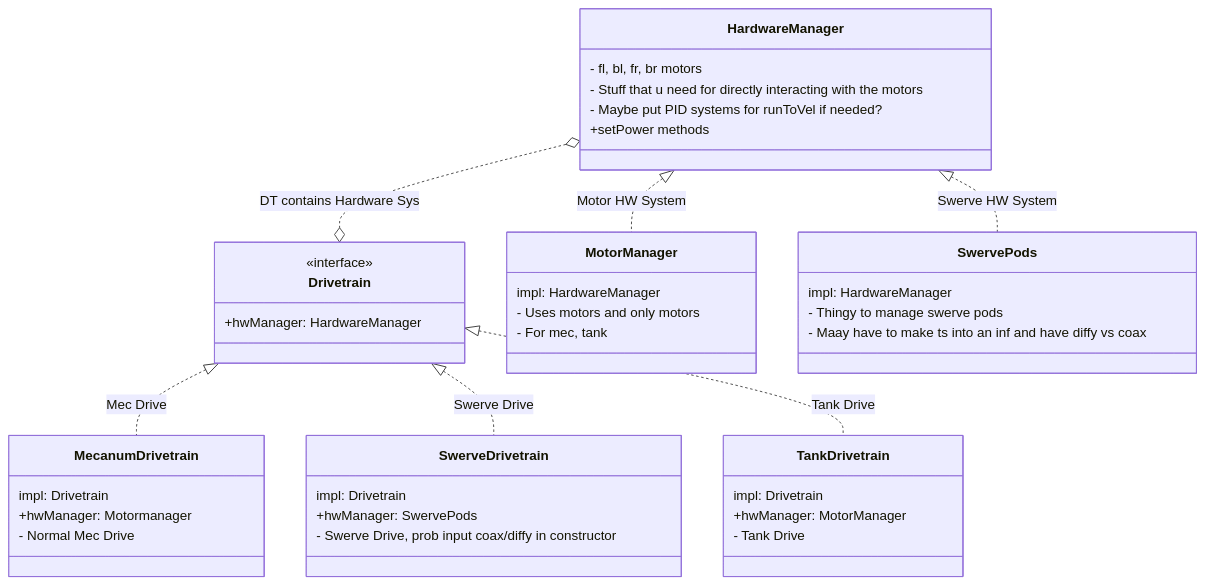
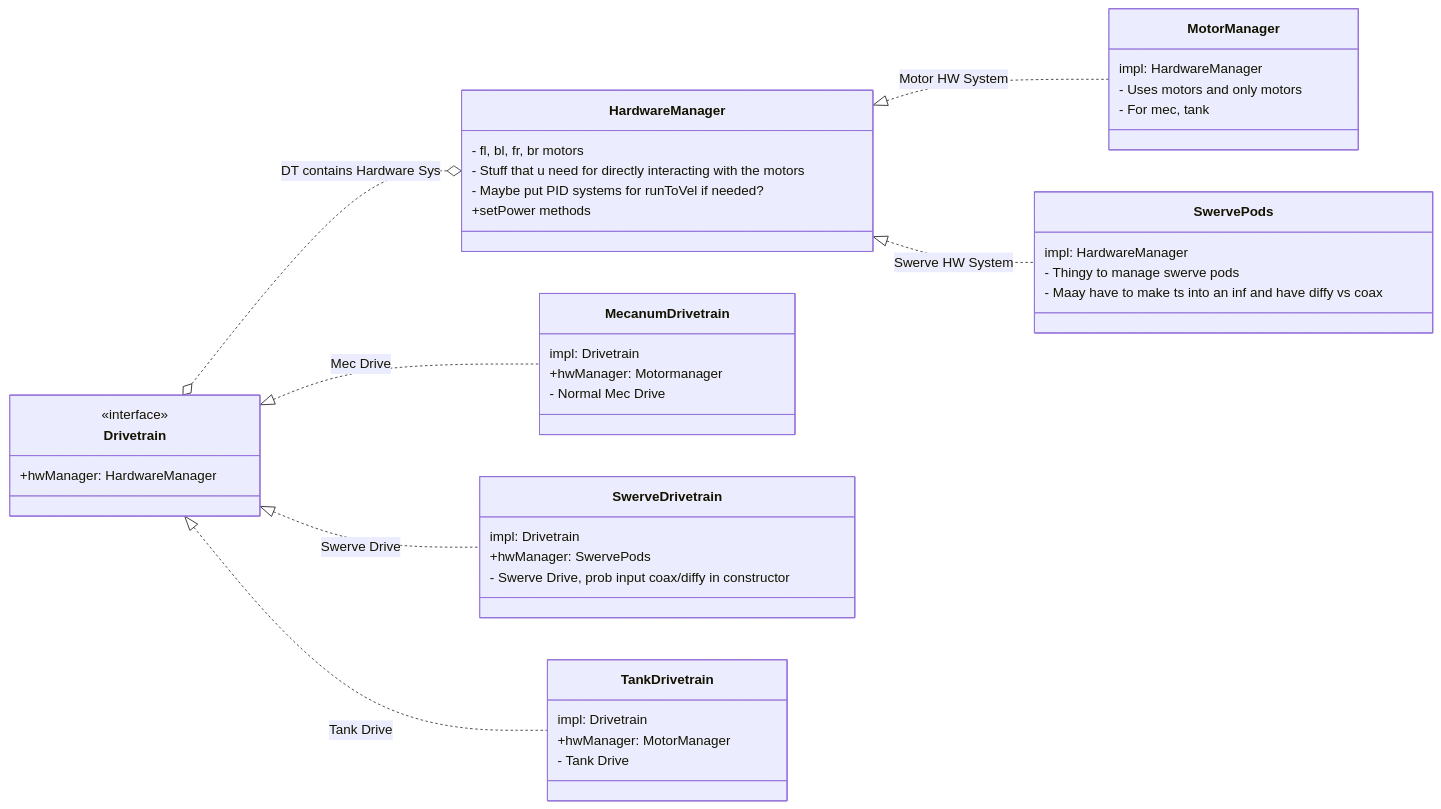
Before and after one commit to MooseCoding/MooseX: the diagram in TeamCode/ARCHITECTURE.md, drawn with Mermaid.

Commit message:
Update Drive System section in ARCHITECTURE.md

````diff
--- a/TeamCode/ARCHITECTURE.md
+++ b/TeamCode/ARCHITECTURE.md
@@ -4,46 +4,47 @@
 ```mermaid
 classDiagram
+    direction LR
     class Drivetrain {
         <<interface>>
         +hwManager: HardwareManager
     }
     class HardwareManager {
         - fl, bl, fr, br motors
         - Stuff that u need for directly interacting with the motors
         - Maybe put PID systems for runToVel if needed?
         +setPower methods
     }
     class MotorManager {
         impl: HardwareManager
         - Uses motors and only motors
         - For mec, tank
     }
     class MecanumDrivetrain {
         impl: Drivetrain
         +hwManager: Motormanager
         - Normal Mec Drive
     }
     class SwerveDrivetrain {
         impl: Drivetrain
         +hwManager: SwervePods
         - Swerve Drive, prob input coax/diffy in constructor
     }
     class SwervePods {
         impl: HardwareManager
         - Thingy to manage swerve pods
         - Maay have to make ts into an inf and have diffy vs coax
     }
     class TankDrivetrain {
         impl: Drivetrain
         +hwManager: MotorManager
         - Tank Drive
     }
 
     Drivetrain <|.. MecanumDrivetrain : Mec Drive
     Drivetrain <|.. SwerveDrivetrain : Swerve Drive
     HardwareManager <|.. MotorManager : Motor HW System
     HardwareManager <|.. SwervePods : Swerve HW System
     Drivetrain <|.. TankDrivetrain : Tank Drive
-    HardwareManager o..o Drivetrain : DT contains Hardware Sys
+    Drivetrain o..o HardwareManager : DT contains Hardware Sys
     
 ```
````
